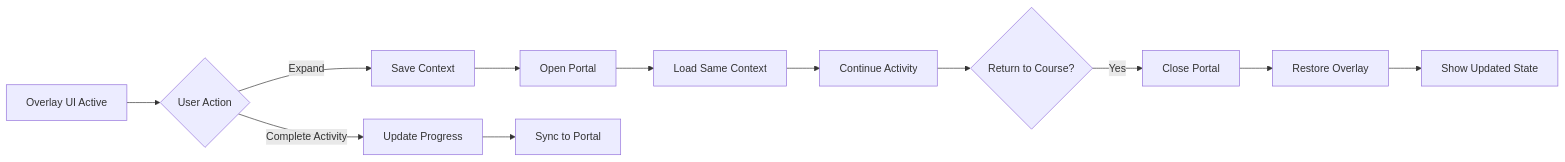
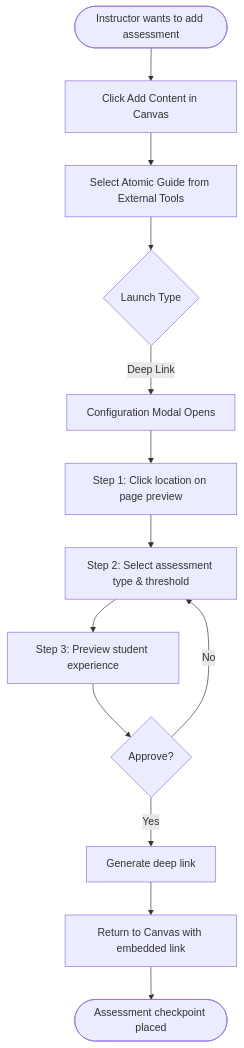
The second of 3 diagrams in docs/front-end-spec.md (atomicjolt-com/atomic-guide), drawn with Mermaid before and after one commit. The commit also changed other lines of this file and 71 other files, not shown here.

First line of the commit message:
Add deep linking stories for content selection, dynamic page creation, and assessment configuration

````diff
--- a/docs/front-end-spec.md
+++ b/docs/front-end-spec.md
@@ -284,16 +168,15 @@
 ```mermaid
-graph LR
-    A[Overlay UI Active] --> B{User Action}
-    B -->|Expand| C[Save Context]
-    C --> D[Open Portal]
-    D --> E[Load Same Context]
-    E --> F[Continue Activity]
-    
-    B -->|Complete Activity| G[Update Progress]
-    G --> H[Sync to Portal]
-    
-    F --> I{Return to Course?}
-    I -->|Yes| J[Close Portal]
-    J --> K[Restore Overlay]
-    K --> L[Show Updated State]
+flowchart TD
+    Start([Instructor wants to add assessment]) --> A[Click Add Content in Canvas]
+    A --> B[Select Atomic Guide from External Tools]
+    B --> C{Launch Type}
+    C -->|Deep Link| D[Configuration Modal Opens]
+    D --> E[Step 1: Click location on page preview]
+    E --> F[Step 2: Select assessment type & threshold]
+    F --> G[Step 3: Preview student experience]
+    G --> H{Approve?}
+    H -->|Yes| I[Generate deep link]
+    H -->|No| F
+    I --> J[Return to Canvas with embedded link]
+    J --> End([Assessment checkpoint placed])
 ```
````
